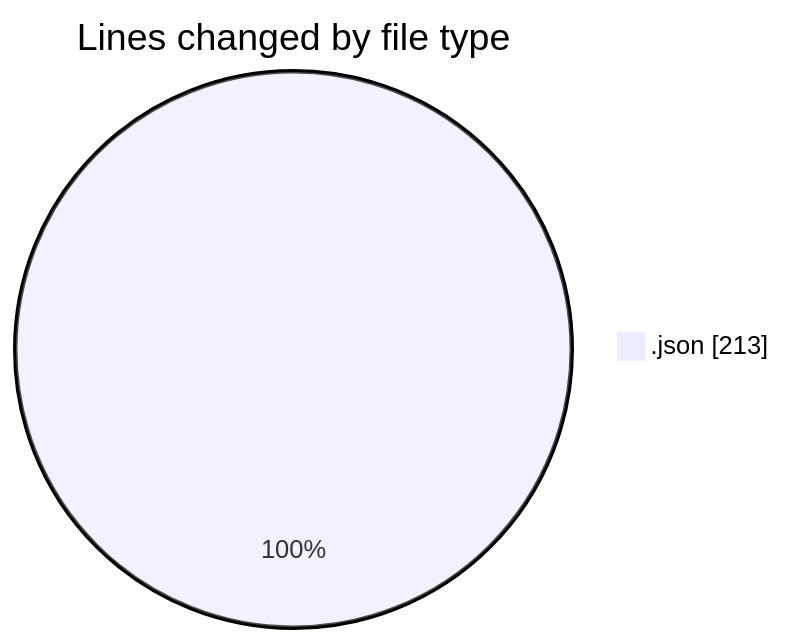
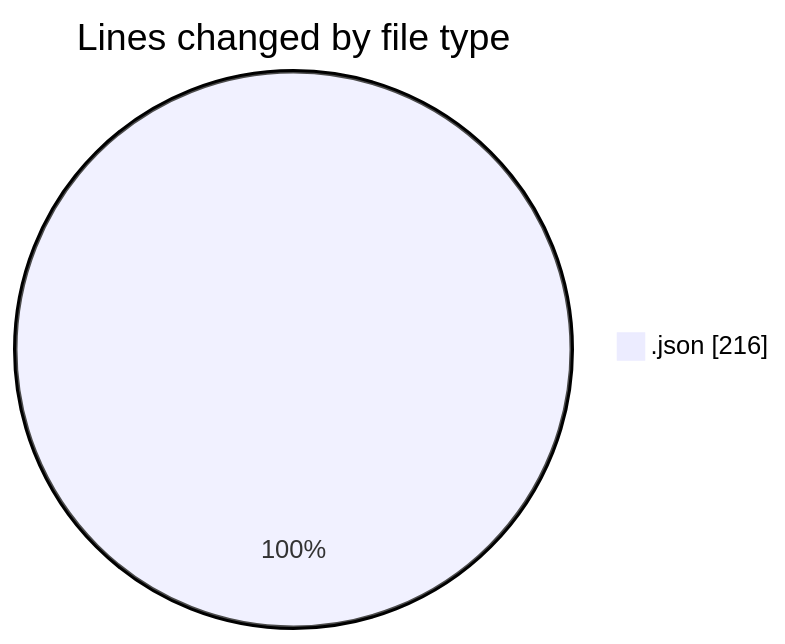
Before and after one commit to idhammustaqopulfikri/code-tracking: the first of 2 diagrams in 2025-03-15/desktop/README.md, drawn with Mermaid. The commit also changed other lines of this file and 1 other file, not shown here.

````diff
--- a/2025-03-15/desktop/README.md
+++ b/2025-03-15/desktop/README.md
@@ -20,5 +20,5 @@
 ```mermaid
 pie showData
 title Lines changed by file type
-".json" : 213
+".json" : 216
 ```
````
